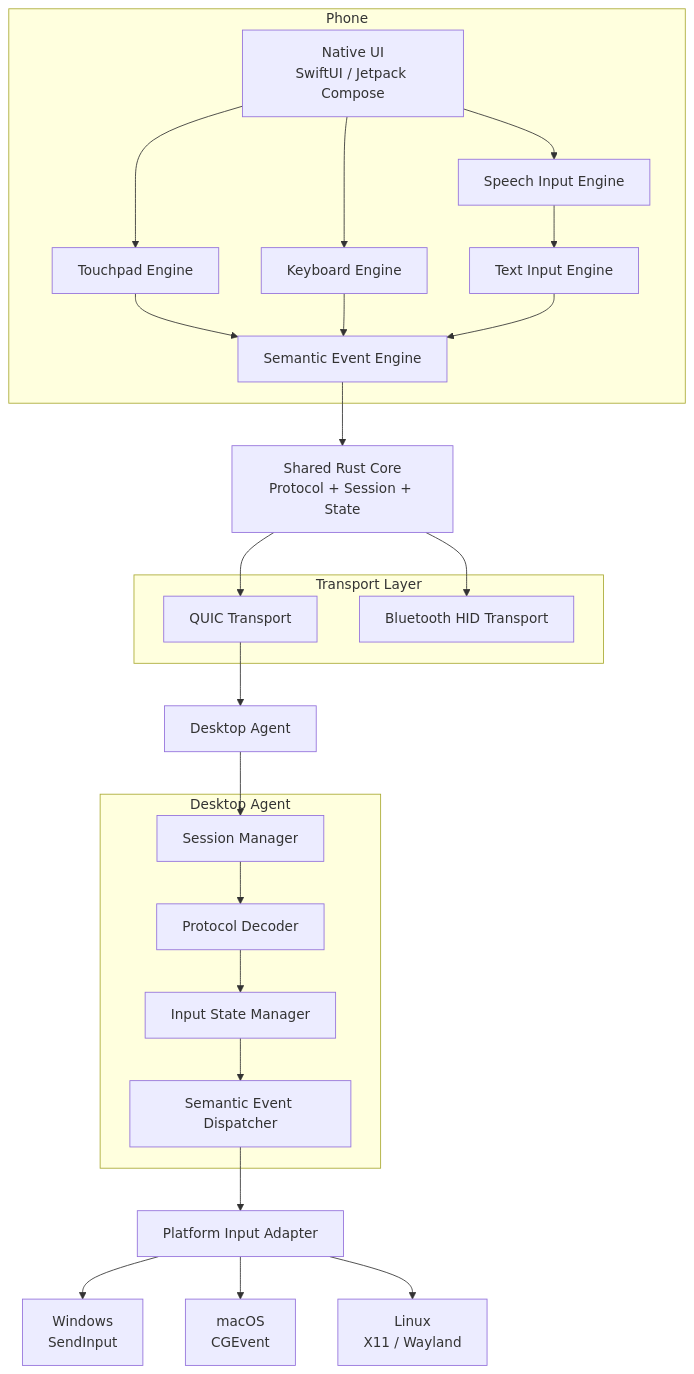
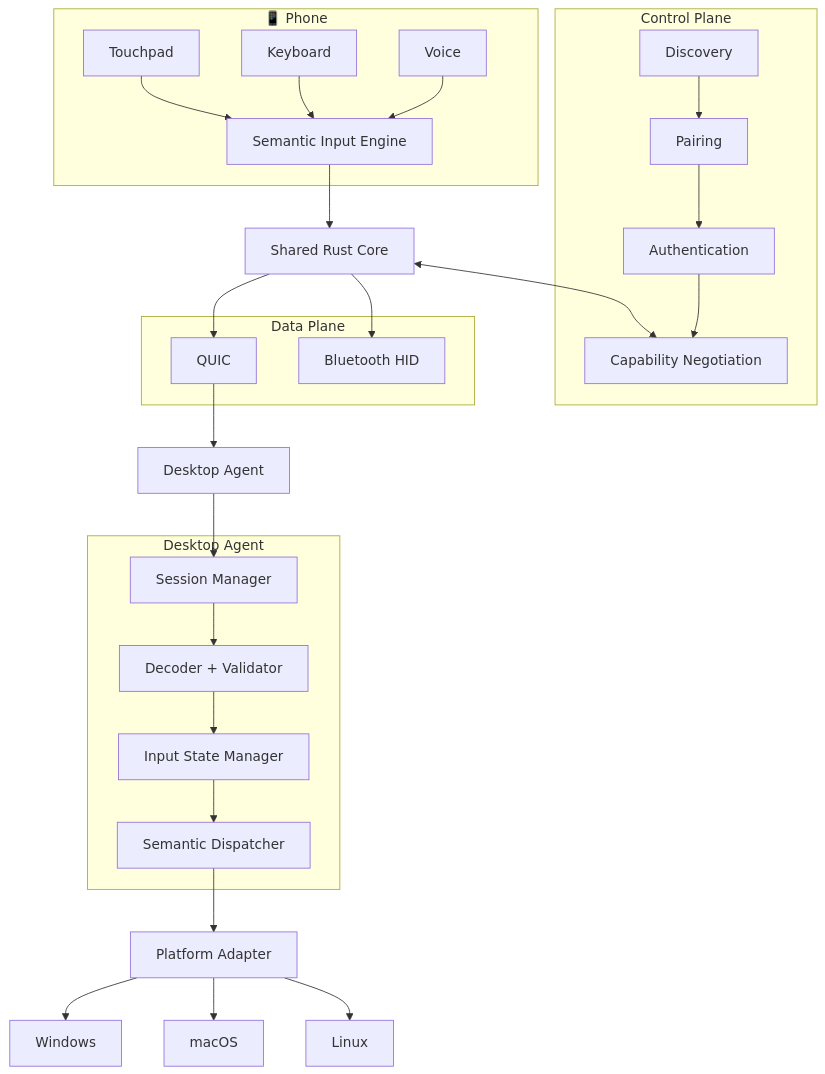
Before and after one commit to Varun-2712/Rem_Key: the first of 2 diagrams in README.md, drawn with Mermaid. The commit also changed other lines of this file, not shown here.

````diff
--- a/README.md
+++ b/README.md
@@ -753,51 +53,53 @@
-``` mermaid
+```mermaid
 flowchart TB
-    subgraph PHONE["Phone"]
-        UI["Native UI<br/>SwiftUI / Jetpack Compose"]
 
-        TP["Touchpad Engine"]
-        KB["Keyboard Engine"]
-        VOICE["Speech Input Engine"]
+    subgraph PHONE["📱 Phone"]
+        TOUCH["Touchpad"]
+        KEY["Keyboard"]
+        VOICE["Voice"]
 
-        UI --> TP
-        UI --> KB
-        UI --> VOICE
-
-        TP --> EVENTS["Semantic Event Engine"]
-        KB --> EVENTS
-        VOICE --> TEXT["Text Input Engine"]
-
-        TEXT --> EVENTS
+        TOUCH --> INPUT["Semantic Input Engine"]
+        KEY --> INPUT
+        VOICE --> INPUT
     end
 
-    EVENTS --> CORE["Shared Rust Core<br/>Protocol + Session + State"]
+    INPUT --> CORE["Shared Rust Core"]
 
-    subgraph TRANSPORT["Transport Layer"]
-        QUIC["QUIC Transport"]
-        HID["Bluetooth HID Transport"]
+    subgraph CONTROL["Control Plane"]
+        DISC["Discovery"]
+        PAIR["Pairing"]
+        AUTH["Authentication"]
+        CAPS["Capability Negotiation"]
+
+        DISC --> PAIR --> AUTH --> CAPS
+    end
+
+    CORE <--> CAPS
+
+    subgraph DATA["Data Plane"]
+        QUIC["QUIC"]
+        HID["Bluetooth HID"]
     end
 
     CORE --> QUIC
     CORE --> HID
 
     QUIC --> AGENT["Desktop Agent"]
 
     subgraph DESKTOP["Desktop Agent"]
         SESSION["Session Manager"]
-        DECODER["Protocol Decoder"]
+        DECODE["Decoder + Validator"]
         STATE["Input State Manager"]
-        DISPATCH["Semantic Event Dispatcher"]
+        DISPATCH["Semantic Dispatcher"]
 
-        SESSION --> DECODER
-        DECODER --> STATE
-        STATE --> DISPATCH
+        SESSION --> DECODE --> STATE --> DISPATCH
     end
 
     AGENT --> SESSION
 
-    DISPATCH --> ADAPTER["Platform Input Adapter"]
+    DISPATCH --> ADAPTER["Platform Adapter"]
 
-    ADAPTER --> WIN["Windows<br/>SendInput"]
-    ADAPTER --> MAC["macOS<br/>CGEvent"]
-    ADAPTER --> LINUX["Linux<br/>X11 / Wayland"]
+    ADAPTER --> WIN["Windows"]
+    ADAPTER --> MAC["macOS"]
+    ADAPTER --> LINUX["Linux"]
 ```
````
